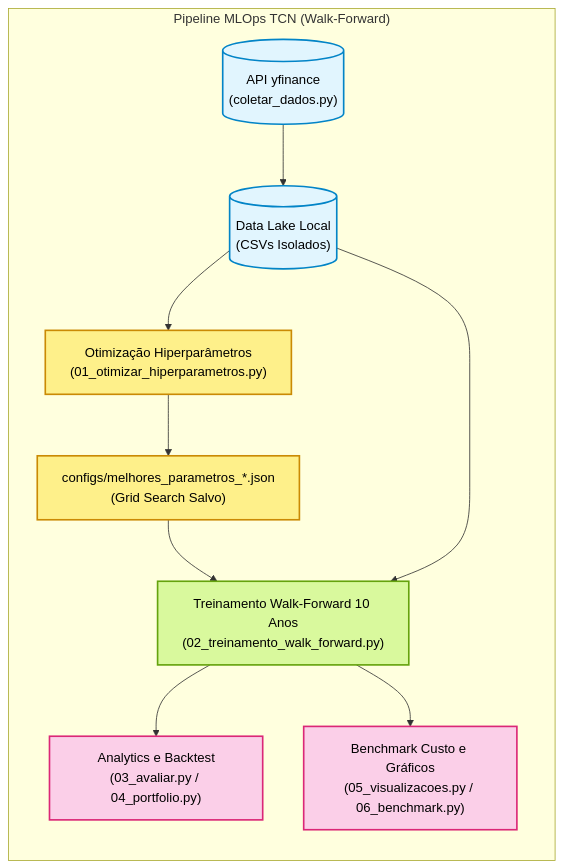
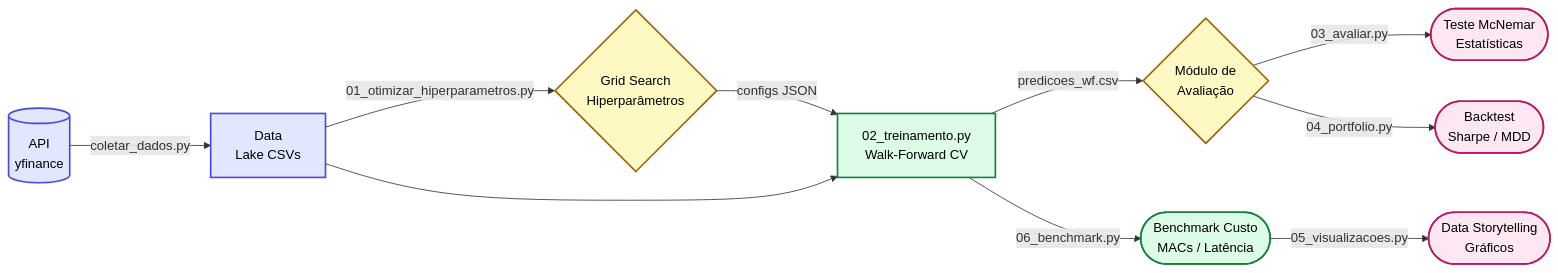
Before and after one commit to jpmsilva1/MSR_TCN: the third of 3 diagrams in README.md, drawn with Mermaid.

Commit message:
docs: Restaura MLOps original com paleta legivel

````diff
--- a/README.md
+++ b/README.md
@@ -167,30 +167,29 @@
 ```mermaid
-flowchart TD
-    classDef data fill:#e1f5fe,stroke:#0284c7,stroke-width:2px,color:#000
-    classDef tune fill:#fef08a,stroke:#ca8a04,stroke-width:2px,color:#000
-    classDef train fill:#d9f99d,stroke:#65a30d,stroke-width:2px,color:#000
-    classDef report fill:#fbcfe8,stroke:#db2777,stroke-width:2px,color:#000
+flowchart LR
+    classDef data fill:#e0e7ff,stroke:#4f46e5,stroke-width:2px,color:#000
+    classDef process fill:#dcfce7,stroke:#15803d,stroke-width:2px,color:#000
+    classDef logic fill:#fef9c3,stroke:#a16207,stroke-width:2px,color:#000
+    classDef report fill:#fce7f3,stroke:#be185d,stroke-width:2px,color:#000
 
-    D1[("API yfinance\n(coletar_dados.py)")]:::data
-    D2[("Data Lake Local\n(CSVs Isolados)")]:::data
+    API[(API<br/>yfinance)]:::data
+    DL[Data<br/>Lake CSVs]:::data
+    GS{Grid Search<br/>Hiperparâmetros}:::logic
+    TR[02_treinamento.py<br/>Walk-Forward CV]:::process
+    EVAL{Módulo de<br/>Avaliação}:::logic
+    MCN([Teste McNemar<br/>Estatísticas]):::report
+    PORT([Backtest<br/>Sharpe / MDD]):::report
+    BENCH([Benchmark Custo<br/>MACs / Latência]):::process
+    VIS([Data Storytelling<br/>Gráficos]):::report
+
+    API -- coletar_dados.py --> DL
+    DL -- 01_otimizar_hiperparametros.py --> GS
+    GS -- configs JSON --> TR
+    DL --> TR
     
-    subgraph MLOps["Pipeline MLOps TCN (Walk-Forward)"]
-        direction TB
-        
-        Tuner["Otimização Hiperparâmetros\n(01_otimizar_hiperparametros.py)"]:::tune
-        JSON["configs/melhores_parametros_*.json\n(Grid Search Salvo)"]:::tune
-        
-        Train["Treinamento Walk-Forward 10 Anos\n(02_treinamento_walk_forward.py)"]:::train
-        
-        Eval["Analytics e Backtest\n(03_avaliar.py / 04_portfolio.py)"]:::report
-        Bench["Benchmark Custo e Gráficos\n(05_visualizacoes.py / 06_benchmark.py)"]:::report
-        
-        D1 --> D2
-        D2 --> Tuner
-        Tuner --> JSON
-        JSON --> Train
-        D2 --> Train
-        Train --> Eval
-        Train --> Bench
-    end
+    TR -- predicoes_wf.csv --> EVAL
+    EVAL -- 03_avaliar.py --> MCN
+    EVAL -- 04_portfolio.py --> PORT
+    
+    TR -- 06_benchmark.py --> BENCH
+    BENCH -- 05_visualizacoes.py --> VIS
 ```
````
